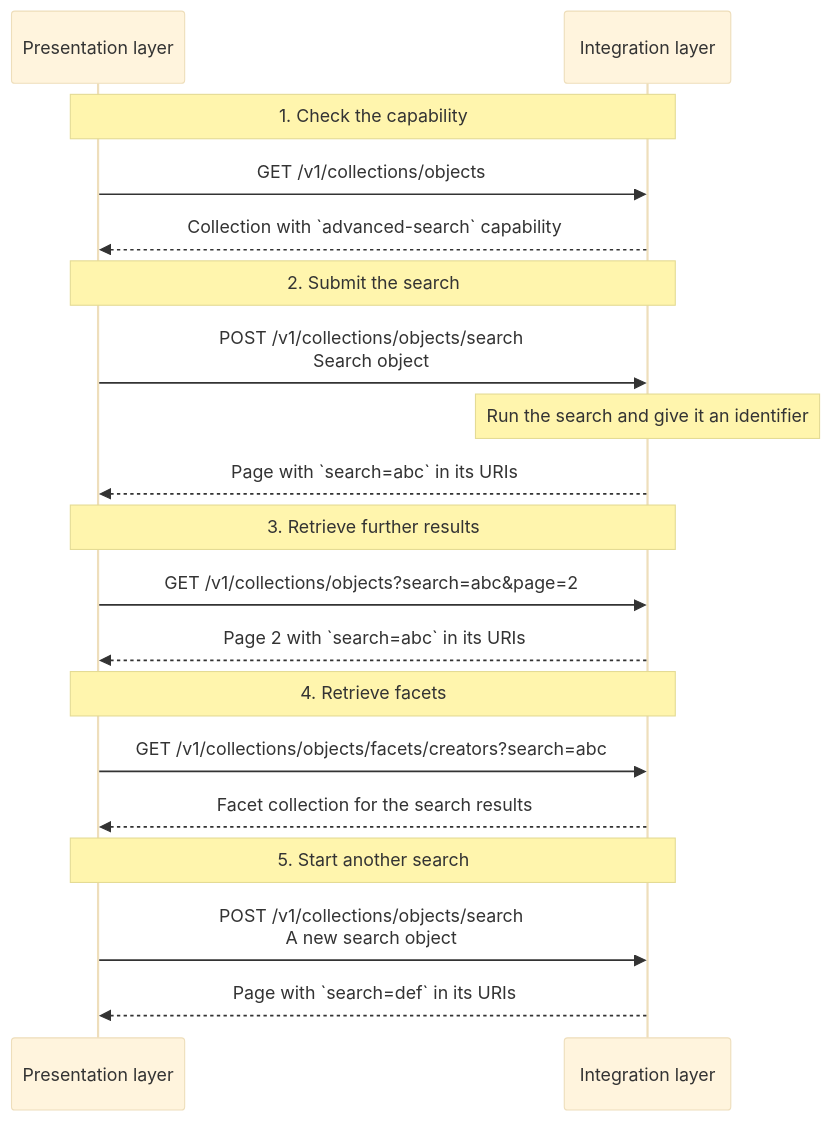
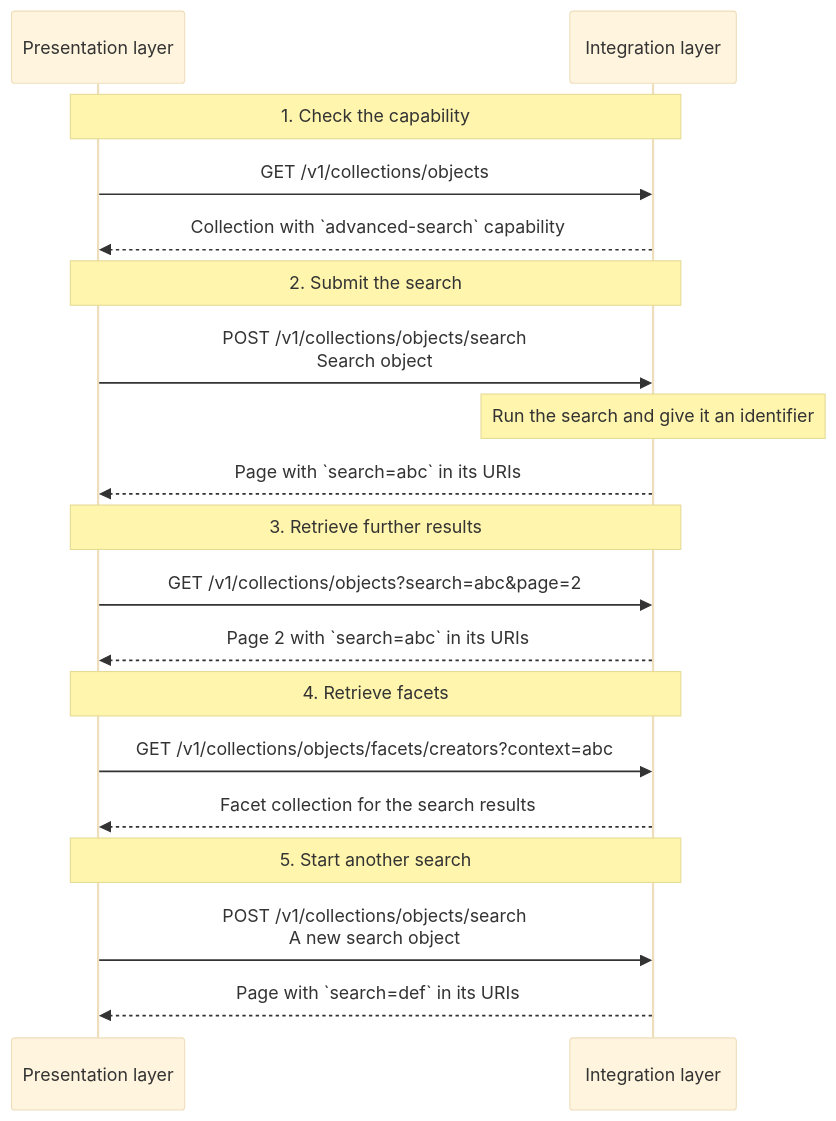
The diagram in docs/requirements/integration-layer-api/rest/search.md (netwerk-digitaal-erfgoed/netwerk-digitaal-erfgoed.github.io), drawn with Mermaid (base theme) before and after one commit. The commit also changed other lines of this file and 2 other files, not shown here.

````diff
--- a/docs/requirements/integration-layer-api/rest/search.md
+++ b/docs/requirements/integration-layer-api/rest/search.md
@@ -355,26 +358,26 @@
 ```mermaid
 sequenceDiagram
     participant PL as Presentation layer
     participant IL as Integration layer
 
     Note over PL,IL: 1. Check the capability
     PL->>IL: GET /v1/collections/objects
     IL-->>PL: Collection with `advanced-search` capability
 
     Note over PL,IL: 2. Submit the search
     PL->>IL: POST /v1/collections/objects/search<br/>Search object
     Note over IL: Run the search and give it an identifier
     IL-->>PL: Page with `search=abc` in its URIs
 
     Note over PL,IL: 3. Retrieve further results
     PL->>IL: GET /v1/collections/objects?search=abc&page=2
     IL-->>PL: Page 2 with `search=abc` in its URIs
 
     Note over PL,IL: 4. Retrieve facets
-    PL->>IL: GET /v1/collections/objects/facets/creators?search=abc
+    PL->>IL: GET /v1/collections/objects/facets/creators?context=abc
     IL-->>PL: Facet collection for the search results
 
     Note over PL,IL: 5. Start another search
     PL->>IL: POST /v1/collections/objects/search<br/>A new search object
     IL-->>PL: Page with `search=def` in its URIs
 ```
````
